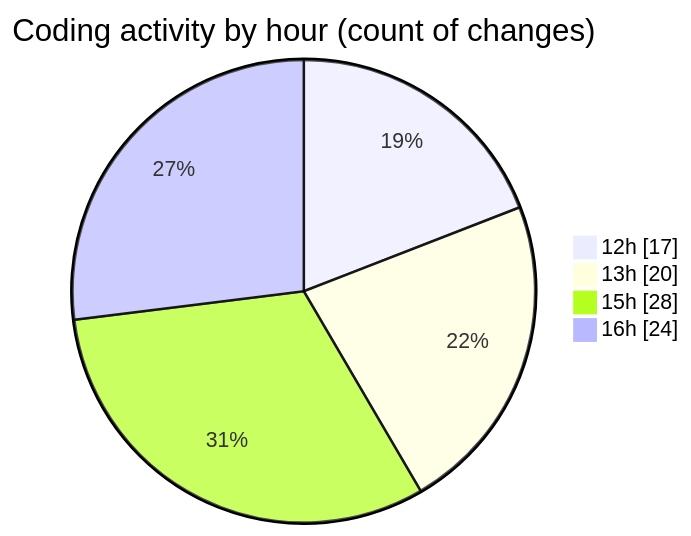
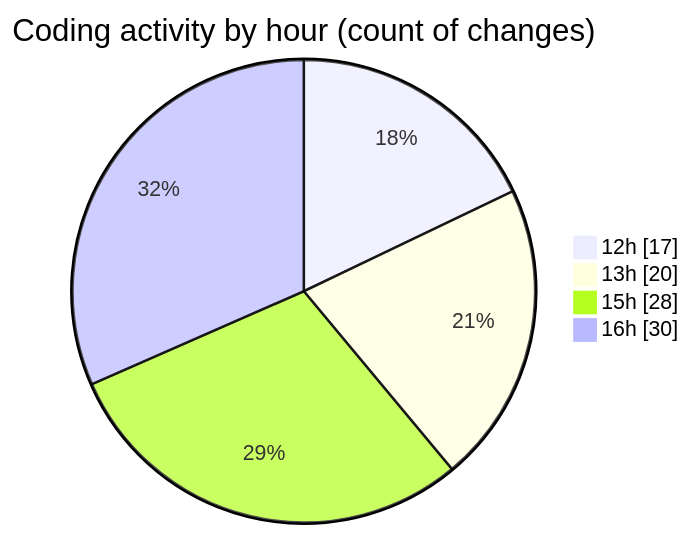
Before and after one commit to nxtqubesakshisongat/code-tracking: the second of 2 diagrams in 2026-03-04/nxtqube_webapp/README.md, drawn with Mermaid. The commit also changed other lines of this file and 1 other file, not shown here.

````diff
--- a/2026-03-04/nxtqube_webapp/README.md
+++ b/2026-03-04/nxtqube_webapp/README.md
@@ -35,8 +35,8 @@
 ```mermaid
 pie showData
 title Coding activity by hour (count of changes)
 "12h" : 17
 "13h" : 20
 "15h" : 28
-"16h" : 24
+"16h" : 30
 ```
````
